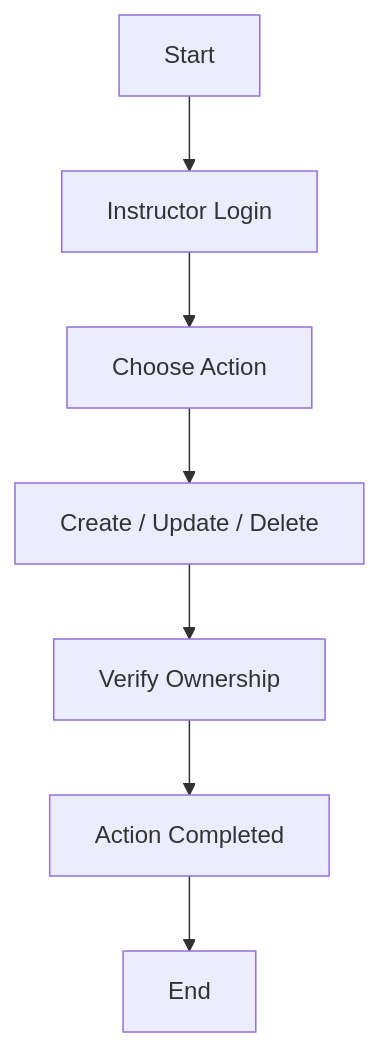
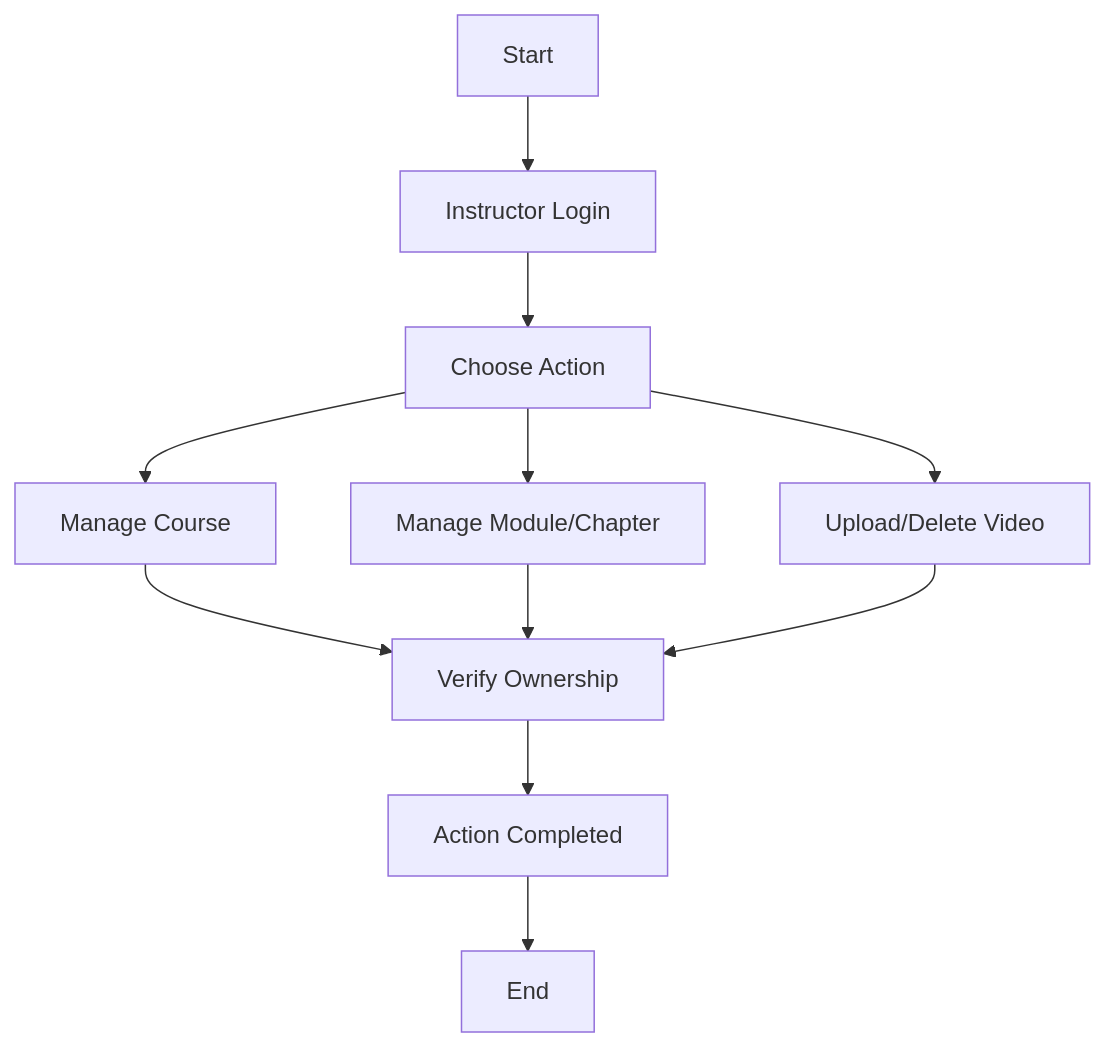
The third of 6 diagrams in FUNCTIONAL_DOCUMENT.md (laveshgaur/LearnFlow), drawn with Mermaid before and after one commit. The commit also changed other lines of this file and 11 other files, not shown here.

Commit message:
"Added_Functionality_To_Delete_Videos_and_Updated_Course_View_and_Updated_Admin_Create_User_CSS"

````diff
--- a/FUNCTIONAL_DOCUMENT.md
+++ b/FUNCTIONAL_DOCUMENT.md
@@ -157,9 +183,13 @@
 ```mermaid
 flowchart TD
 A[Start] --> B[Instructor Login]
 B --> C[Choose Action]
-C --> D[Create / Update / Delete]
-D --> E[Verify Ownership]
+C --> D1[Manage Course]
+C --> D2[Manage Module/Chapter]
+C --> D3[Upload/Delete Video]
+D1 --> E[Verify Ownership]
+D2 --> E
+D3 --> E
 E --> F[Action Completed]
 F --> G[End]
 ```
````
